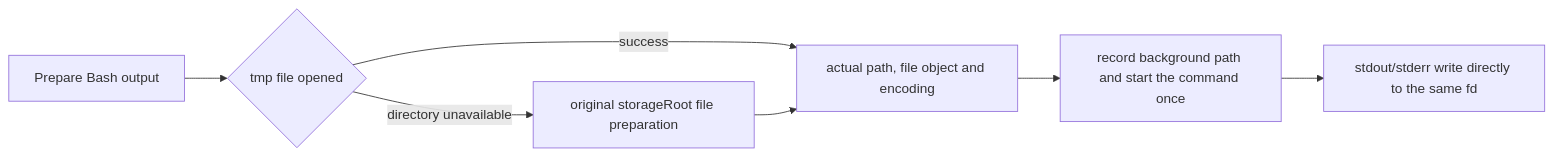
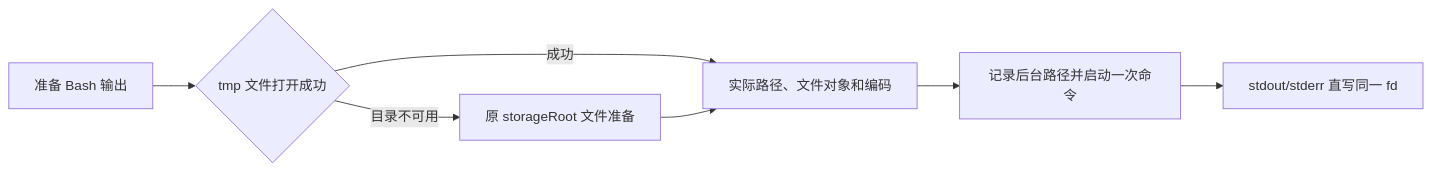
The diagram in apps/zcode-cli/docs/design/v2/tool/04-bash.md (osben/ZCode), drawn with Mermaid before and after one commit. The commit also changed other lines of this file and 5391 other files, not shown here.

````diff
--- a/apps/zcode-cli/docs/design/v2/tool/04-bash.md
+++ b/apps/zcode-cli/docs/design/v2/tool/04-bash.md
@@ -180,9 +218,9 @@
 ```mermaid
 flowchart LR
-    A[Prepare Bash output] --> B{tmp file opened}
-    B -->|success| D[actual path, file object and encoding]
-    B -->|directory unavailable| C[original storageRoot file preparation]
+    A[准备 Bash 输出] --> B{tmp 文件打开成功}
+    B -->|成功| D[实际路径、文件对象和编码]
+    B -->|目录不可用| C[原 storageRoot 文件准备]
     C --> D
-    D --> E[record background path and start the command once]
-    E --> F[stdout/stderr write directly to the same fd]
+    D --> E[记录后台路径并启动一次命令]
+    E --> F[stdout/stderr 直写同一 fd]
 ```
````
